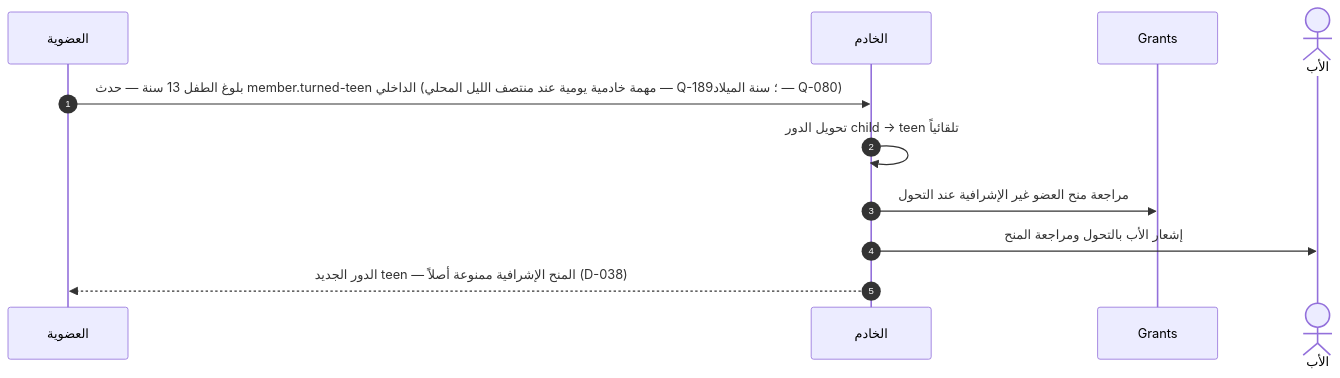
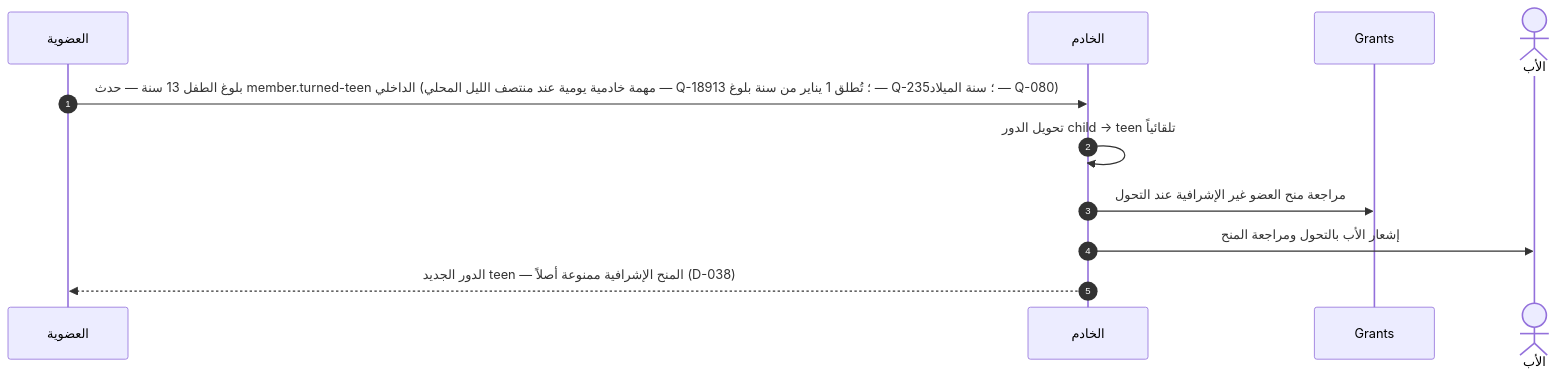
Before and after one commit to Bassam-mohammed-alqaeadi/family-os-v2: the eighth of 13 diagrams in docs/family-os/governance/phases/phase-1/S1-03-family-roles-and-permissions/DIAGRAMS.md, drawn with Mermaid. The commit also changed other lines of this file and 13 other files, not shown here.

````diff
--- a/docs/family-os/governance/phases/phase-1/S1-03-family-roles-and-permissions/DIAGRAMS.md
+++ b/docs/family-os/governance/phases/phase-1/S1-03-family-roles-and-permissions/DIAGRAMS.md
@@ -328,13 +332,13 @@
 ```mermaid
 sequenceDiagram
     autonumber
     participant S102 as العضوية
     participant Ktor as الخادم
     participant المنح as Grants
     actor Father as الأب
-    S102->>Ktor: بلوغ الطفل 13 سنة — حدث member.turned-teen الداخلي (مهمة خادمية يومية عند منتصف الليل المحلي — Q-189؛ سنة الميلاد — Q-080)
+    S102->>Ktor: بلوغ الطفل 13 سنة — حدث member.turned-teen الداخلي (مهمة خادمية يومية عند منتصف الليل المحلي — Q-189؛ تُطلق 1 يناير من سنة بلوغ 13 — Q-235؛ سنة الميلاد — Q-080)
     Ktor->>Ktor: تحويل الدور child → teen تلقائياً
     Ktor->>المنح: مراجعة منح العضو غير الإشرافية عند التحول
     Ktor->>Father: إشعار الأب بالتحول ومراجعة المنح
     Ktor-->>S102: الدور الجديد teen — المنح الإشرافية ممنوعة أصلاً (D-038)
 ```
````
